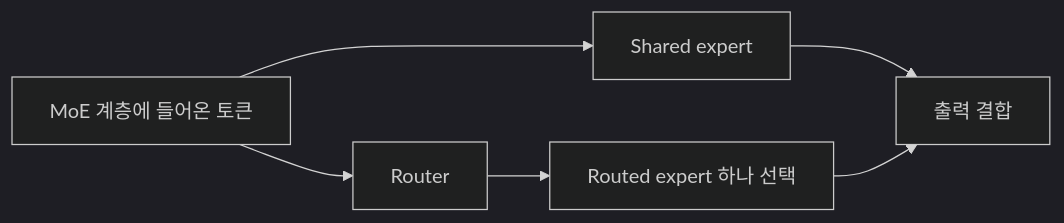
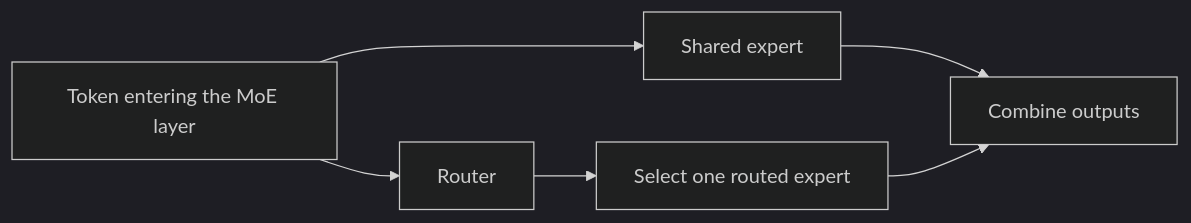
Before and after one commit to devfloor9/engineering-playbook: the diagram in docs/benchmarks/ai-ml-workload.md, drawn with Mermaid (dark theme). The commit also changed other lines of this file and 954 other files, not shown here.

````diff
--- a/docs/benchmarks/ai-ml-workload.md
+++ b/docs/benchmarks/ai-ml-workload.md
@@ -67,8 +67,8 @@
 ```mermaid
 flowchart LR
-    T["MoE 계층에 들어온 토큰"] --> S["Shared expert"]
+    T["Token entering the MoE layer"] --> S["Shared expert"]
     T --> R["Router"]
-    R --> E["Routed expert 하나 선택"]
-    S --> O["출력 결합"]
+    R --> E["Select one routed expert"]
+    S --> O["Combine outputs"]
     E --> O
 ```
````
